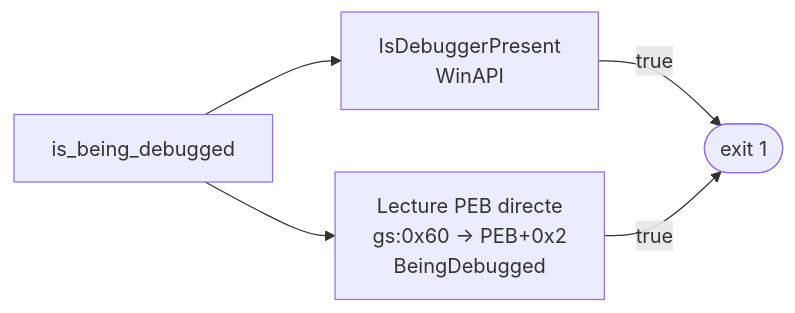
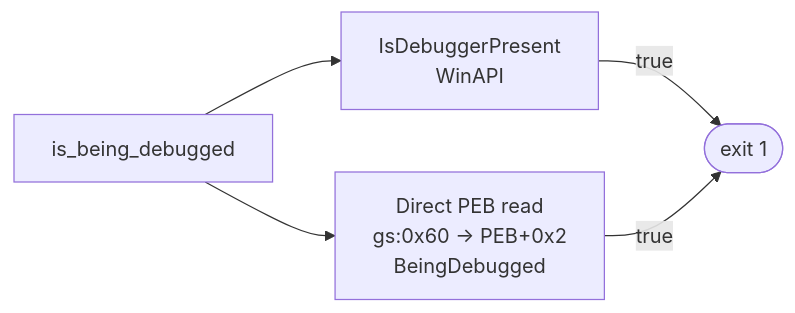
One commit to Xor290/C2-XOR changed the tenth of 18 diagrams in packer/DOCUMENTATION.md. Above: the diagram before and after it, drawn with Mermaid. The commit also changed other lines of this file, not shown here.

````diff
--- a/packer/DOCUMENTATION.md
+++ b/packer/DOCUMENTATION.md
@@ -154,7 +195,7 @@
 ```mermaid
 flowchart LR
     A[is_being_debugged] --> B[IsDebuggerPresent\nWinAPI]
-    A --> C[Lecture PEB directe\ngs:0x60 → PEB+0x2\nBeingDebugged]
+    A --> C[Direct PEB read\ngs:0x60 → PEB+0x2\nBeingDebugged]
     B -->|true| D([exit 1])
     C -->|true| D
 ```
````
